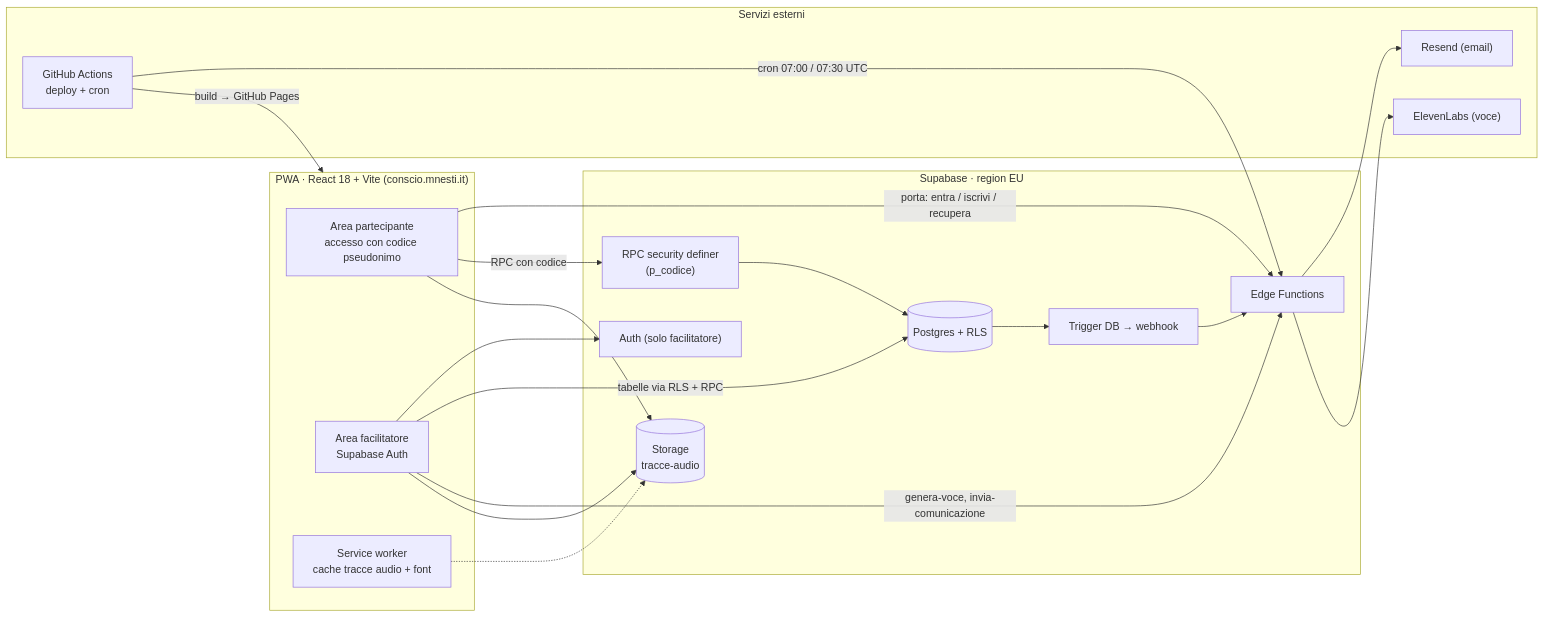
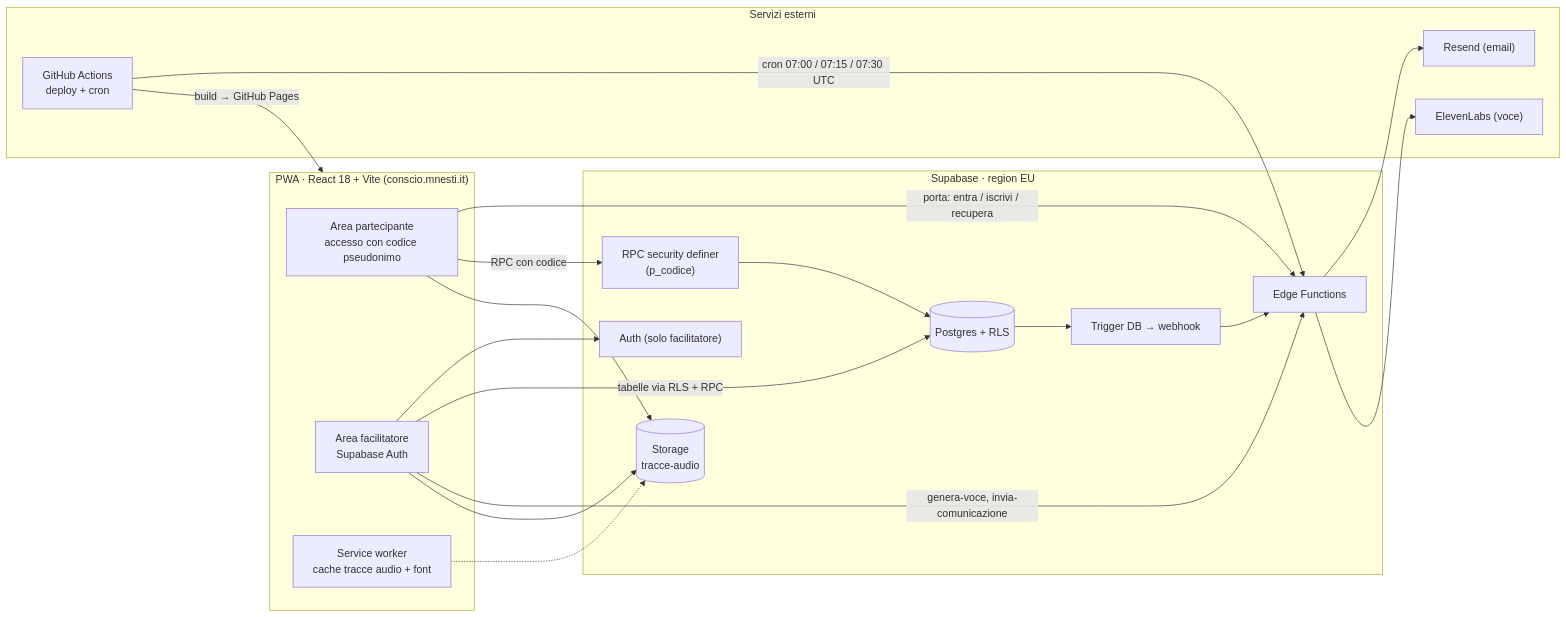
Before and after one commit to salonbookingsystemou-dot/conscio: the first of 2 diagrams in docs/architettura.md, drawn with Mermaid. The commit also changed other lines of this file and 9 other files, not shown here.

````diff
--- a/docs/architettura.md
+++ b/docs/architettura.md
@@ -8,37 +8,37 @@
 ```mermaid
 flowchart LR
   subgraph Client["PWA · React 18 + Vite (conscio.mnesti.it)"]
     P["Area partecipante<br/>accesso con codice pseudonimo"]
     F["Area facilitatore<br/>Supabase Auth"]
     SW["Service worker<br/>cache tracce audio + font"]
   end
 
   subgraph Supabase["Supabase · region EU"]
     RPC["RPC security definer<br/>(p_codice)"]
     DB[("Postgres + RLS")]
     ST[("Storage<br/>tracce-audio")]
     AUTH["Auth (solo facilitatore)"]
     EF["Edge Functions"]
     TR["Trigger DB → webhook"]
   end
 
   subgraph Esterni["Servizi esterni"]
     RS["Resend (email)"]
     EL["ElevenLabs (voce)"]
     GH["GitHub Actions<br/>deploy + cron"]
   end
 
   P -->|"porta: entra / iscrivi / recupera"| EF
   P -->|"RPC con codice"| RPC
   F --> AUTH
   F -->|"tabelle via RLS + RPC"| DB
   F -->|"genera-voce, invia-comunicazione"| EF
   RPC --> DB
   P & F --> ST
   SW -.-> ST
   DB --> TR --> EF
   EF --> RS
   EF --> EL
   GH -->|"build → GitHub Pages"| Client
-  GH -->|"cron 07:00 / 07:30 UTC"| EF
+  GH -->|"cron 07:00 / 07:15 / 07:30 UTC"| EF
 ```
````
